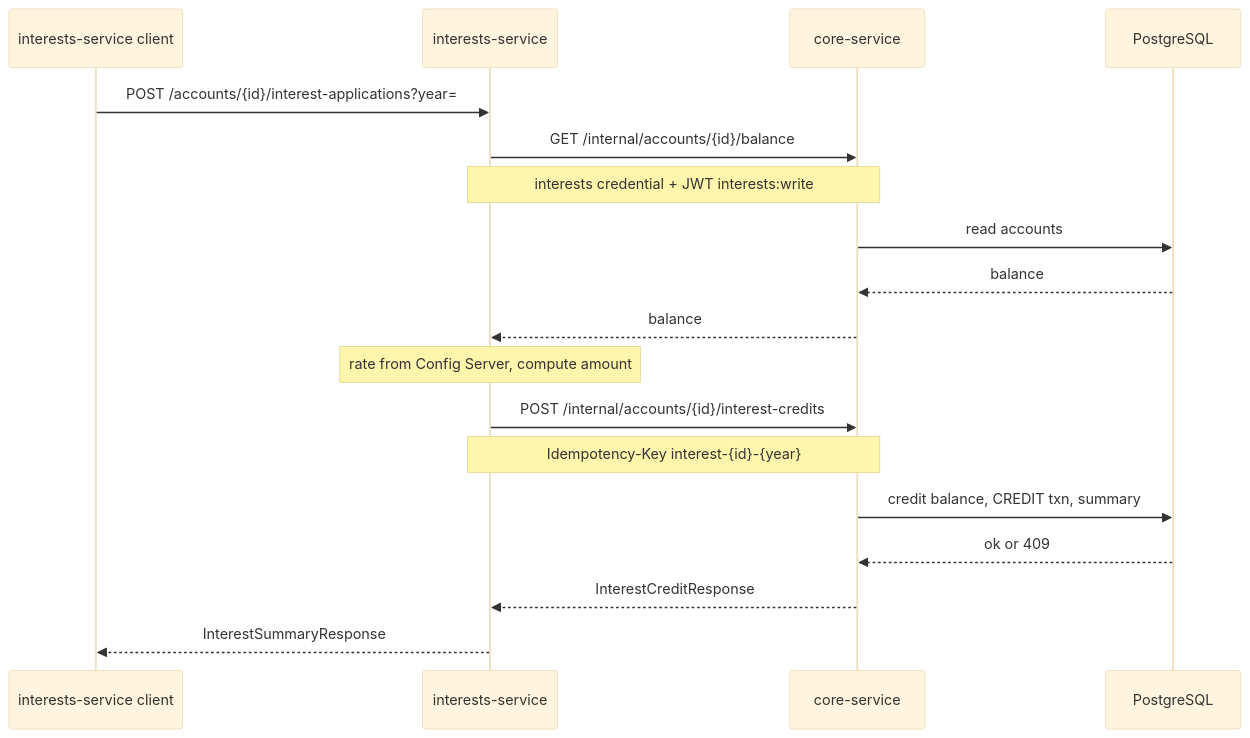
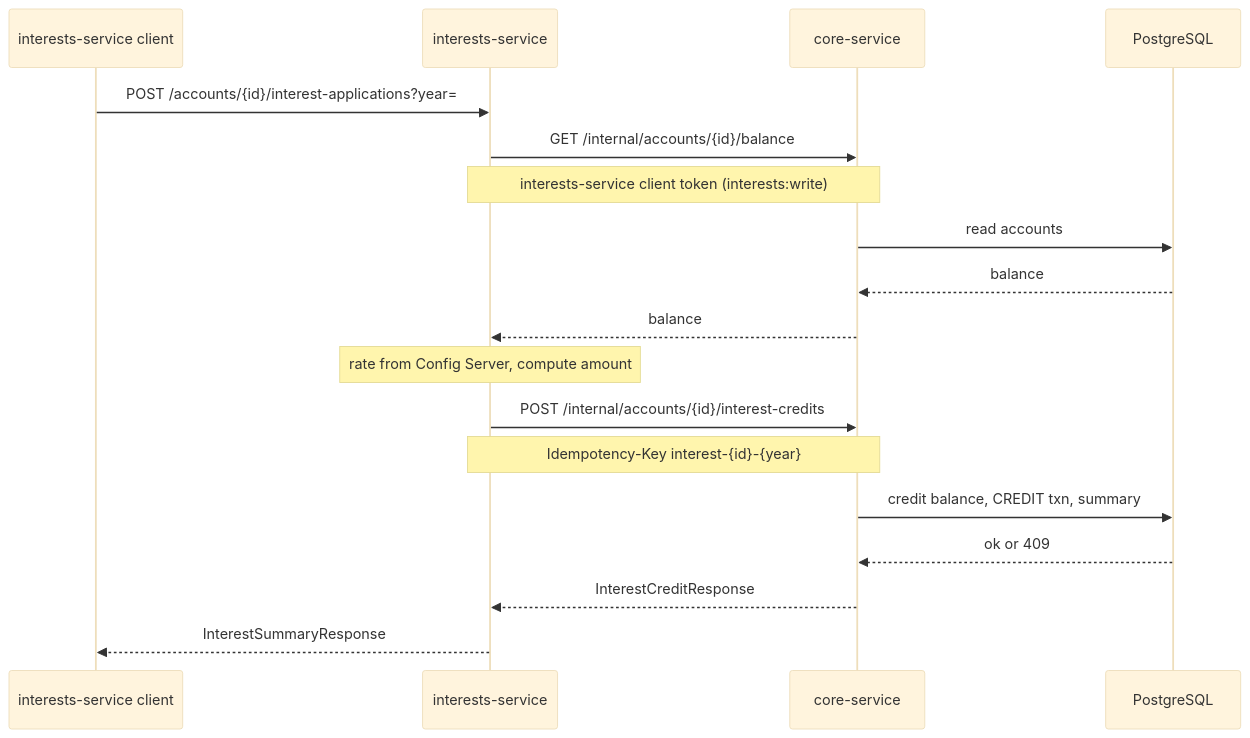
Before and after one commit to gustavoduocuc/xyz_bank_server: the third of 5 diagrams in docs/architecture.md, drawn with Mermaid (base theme). The commit also changed other lines of this file and 8 other files, not shown here.

````diff
--- a/docs/architecture.md
+++ b/docs/architecture.md
@@ -103,21 +105,21 @@
 ```mermaid
 sequenceDiagram
   participant Caller as interests-service client
   participant Interests as interests-service
   participant Core as core-service
   participant Db as PostgreSQL
 
   Caller->>Interests: POST /accounts/{id}/interest-applications?year=
   Interests->>Core: GET /internal/accounts/{id}/balance
-  Note over Interests,Core: interests credential + JWT interests:write
+  Note over Interests,Core: interests-service client token (interests:write)
   Core->>Db: read accounts
   Db-->>Core: balance
   Core-->>Interests: balance
   Note over Interests: rate from Config Server, compute amount
   Interests->>Core: POST /internal/accounts/{id}/interest-credits
   Note over Interests,Core: Idempotency-Key interest-{id}-{year}
   Core->>Db: credit balance, CREDIT txn, summary
   Db-->>Core: ok or 409
   Core-->>Interests: InterestCreditResponse
   Interests-->>Caller: InterestSummaryResponse
 ```
````
